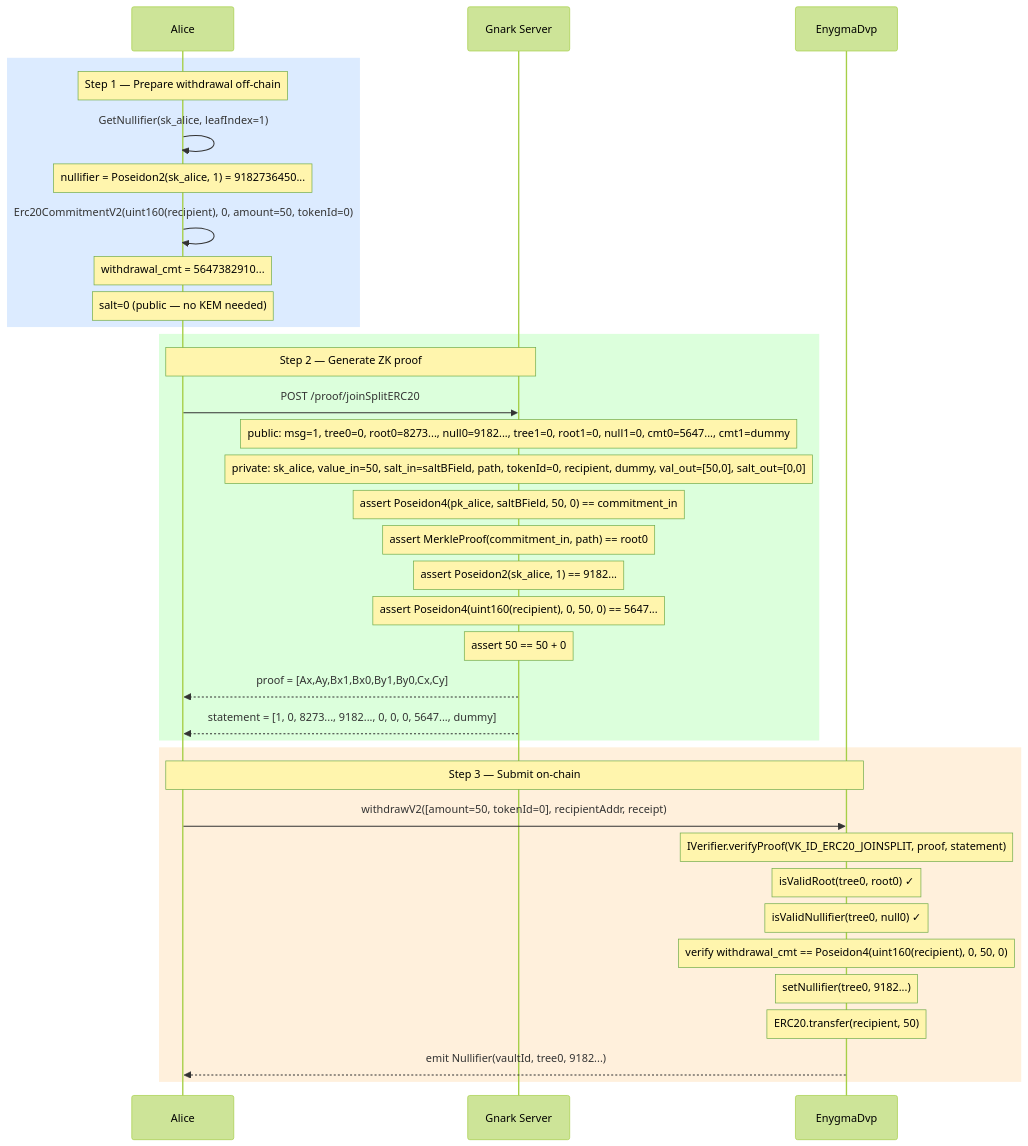
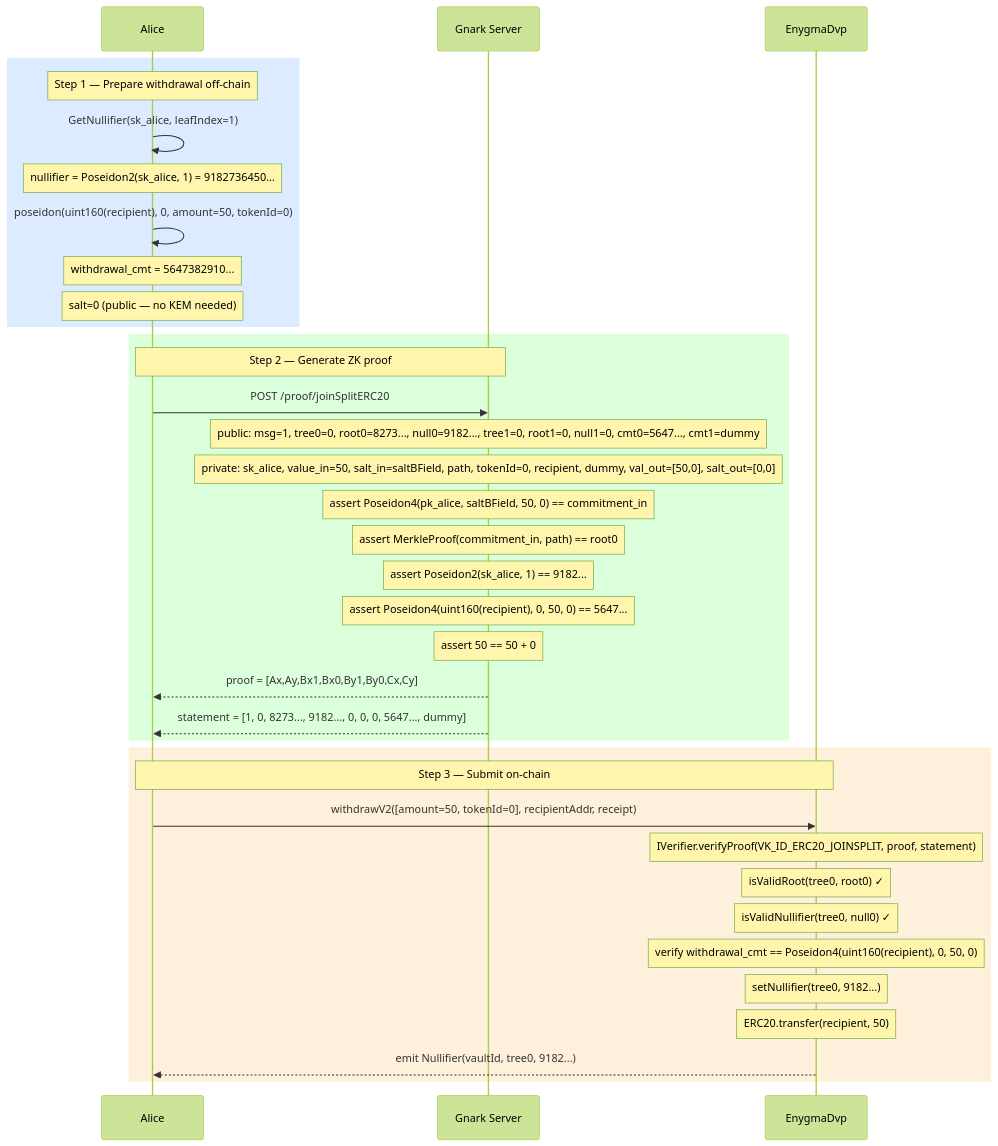
Before and after one commit to yaksetig/Enygma: the diagram in enygma_dvp/docs/flows/04_withdraw_erc20.md, drawn with Mermaid (forest theme). The commit also changed 4 other files, not shown here.

````diff
--- a/enygma_dvp/docs/flows/04_withdraw_erc20.md
+++ b/enygma_dvp/docs/flows/04_withdraw_erc20.md
@@ -70,47 +70,47 @@
 ```mermaid
 sequenceDiagram
     participant Alice
     participant Gnark as Gnark Server
     participant DVP as EnygmaDvp
 
     rect rgb(220, 235, 255)
         Note over Alice: Step 1 — Prepare withdrawal off-chain
 
         Alice->>Alice: GetNullifier(sk_alice, leafIndex=1)
         Note over Alice: nullifier = Poseidon2(sk_alice, 1) = 9182736450...
 
-        Alice->>Alice: Erc20CommitmentV2(uint160(recipient), 0, amount=50, tokenId=0)
+        Alice->>Alice: poseidon(uint160(recipient), 0, amount=50, tokenId=0)
         Note over Alice: withdrawal_cmt = 5647382910...
         Note over Alice: salt=0 (public — no KEM needed)
     end
 
     rect rgb(220, 255, 220)
         Note over Alice,Gnark: Step 2 — Generate ZK proof
 
         Alice->>Gnark: POST /proof/joinSplitERC20
         Note over Gnark: public: msg=1, tree0=0, root0=8273..., null0=9182..., tree1=0, root1=0, null1=0, cmt0=5647..., cmt1=dummy
         Note over Gnark: private: sk_alice, value_in=50, salt_in=saltBField, path, tokenId=0, recipient, dummy, val_out=[50,0], salt_out=[0,0]
         Note over Gnark: assert Poseidon4(pk_alice, saltBField, 50, 0) == commitment_in
         Note over Gnark: assert MerkleProof(commitment_in, path) == root0
         Note over Gnark: assert Poseidon2(sk_alice, 1) == 9182...
         Note over Gnark: assert Poseidon4(uint160(recipient), 0, 50, 0) == 5647...
         Note over Gnark: assert 50 == 50 + 0
 
         Gnark-->>Alice: proof = [Ax,Ay,Bx1,Bx0,By1,By0,Cx,Cy]
         Gnark-->>Alice: statement = [1, 0, 8273..., 9182..., 0, 0, 0, 5647..., dummy]
     end
 
     rect rgb(255, 240, 220)
         Note over Alice,DVP: Step 3 — Submit on-chain
 
         Alice->>DVP: withdrawV2([amount=50, tokenId=0], recipientAddr, receipt)
         Note over DVP: IVerifier.verifyProof(VK_ID_ERC20_JOINSPLIT, proof, statement)
         Note over DVP: isValidRoot(tree0, root0) ✓
         Note over DVP: isValidNullifier(tree0, null0) ✓
         Note over DVP: verify withdrawal_cmt == Poseidon4(uint160(recipient), 0, 50, 0)
         Note over DVP: setNullifier(tree0, 9182...)
         Note over DVP: ERC20.transfer(recipient, 50)
 
         DVP-->>Alice: emit Nullifier(vaultId, tree0, 9182...)
     end
 ```
````
